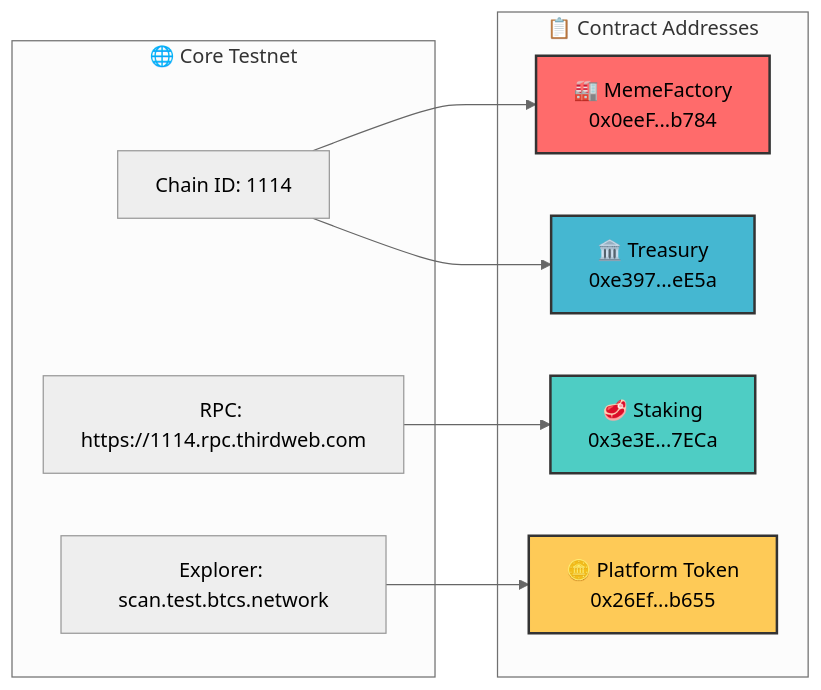
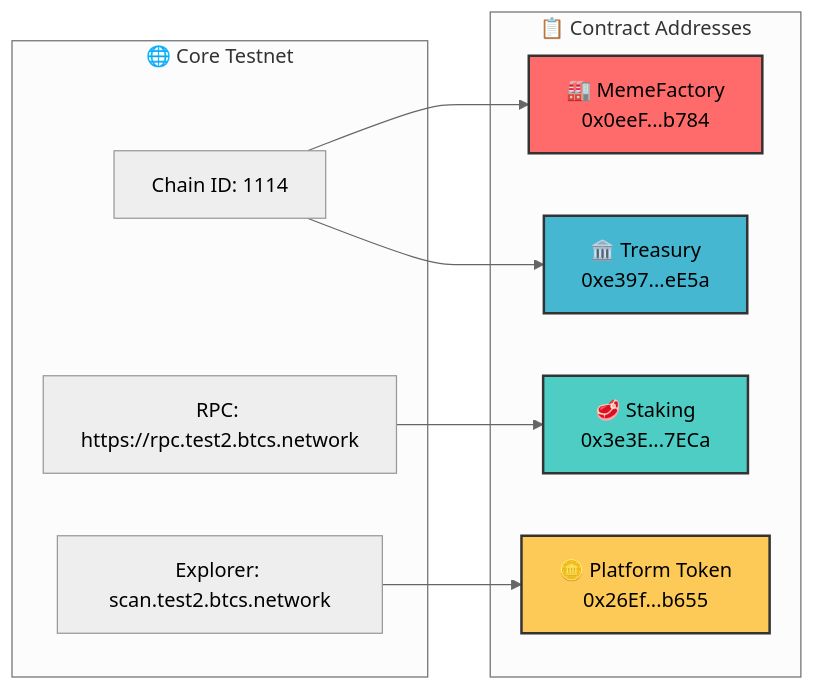
Before and after one commit to Blockchain-Oracle/Core.Fun: the first of 5 diagrams in README.md, drawn with Mermaid (neutral theme). The commit also changed other lines of this file and 4 other files, not shown here.

````diff
--- a/README.md
+++ b/README.md
@@ -103,25 +103,25 @@
 ```mermaid
 graph LR
     subgraph "🌐 Core Testnet"
         A[Chain ID: 1114]
-        B[RPC: https://1114.rpc.thirdweb.com]
-        C[Explorer: scan.test.btcs.network]
+        B[RPC: https://rpc.test2.btcs.network]
+        C[Explorer: scan.test2.btcs.network]
     end
     
     subgraph "📋 Contract Addresses"
         D[🏭 MemeFactory<br/>0x0eeF...b784]
         E[🥩 Staking<br/>0x3e3E...7ECa]
         F[🪙 Platform Token<br/>0x26Ef...b655]
         G[🏛️ Treasury<br/>0xe397...eE5a]
     end
     
     A --> D
     B --> E
     C --> F
     A --> G
     
     style D fill:#ff6b6b,stroke:#333,stroke-width:2px
     style E fill:#4ecdc4,stroke:#333,stroke-width:2px
     style F fill:#feca57,stroke:#333,stroke-width:2px
     style G fill:#45b7d1,stroke:#333,stroke-width:2px
 ```
````
